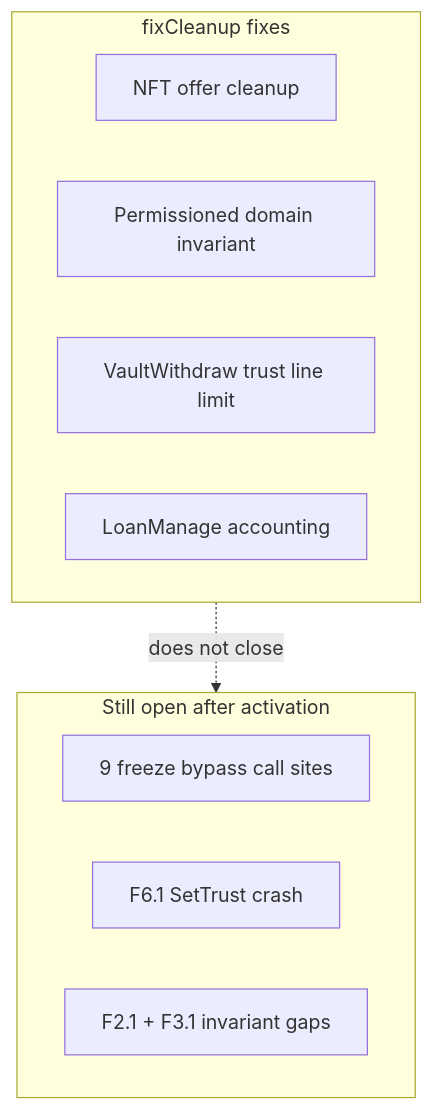
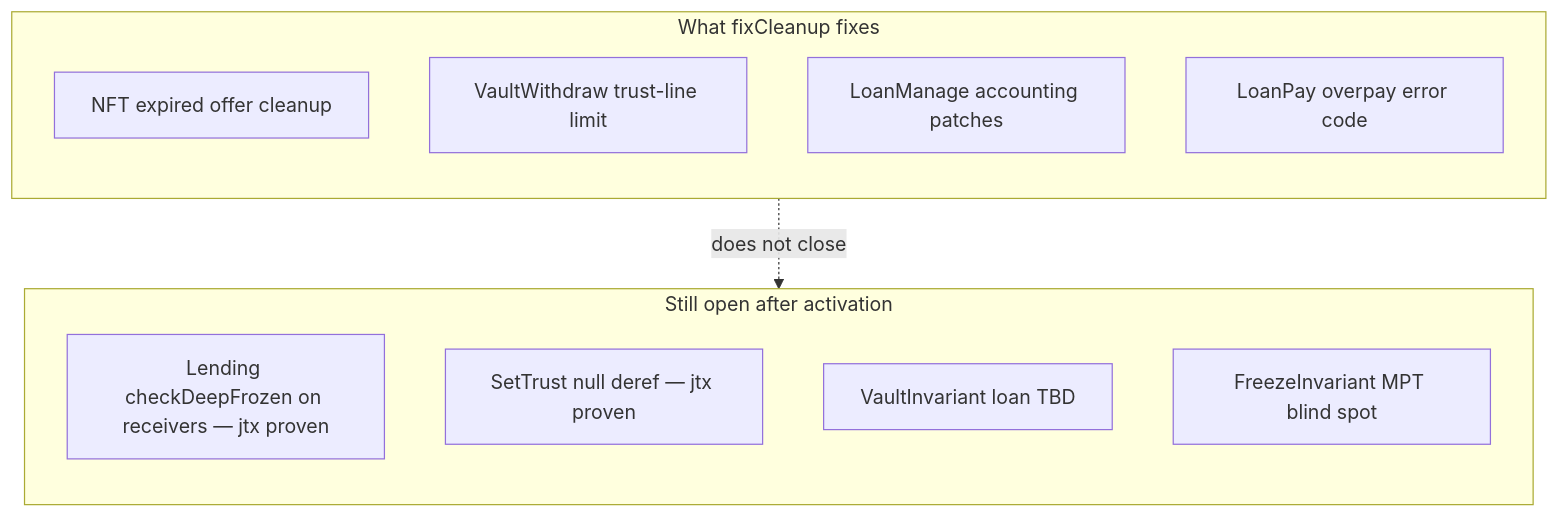
The eighth of 8 diagrams in _posts/2026-05-26-xrpl-rippled-open-p0-freeze-audit.md (agtico/agtico.github.io), drawn with Mermaid before and after one commit. The commit also changed other lines of this file, not shown here.

First line of the commit message:
Expand XRPL audit report with plain-English exploit guide and diagrams.

````diff
--- a/_posts/2026-05-26-xrpl-rippled-open-p0-freeze-audit.md
+++ b/_posts/2026-05-26-xrpl-rippled-open-p0-freeze-audit.md
@@ -220,15 +331,18 @@
 ```mermaid
 flowchart TB
-  subgraph fixes [fixCleanup fixes]
-    NFT[NFT offer cleanup]
-    PD[Permissioned domain invariant]
-    VW[VaultWithdraw trust line limit]
-    LM[LoanManage accounting]
+  subgraph marketed [What fixCleanup fixes]
+    direction TB
+    MC1[NFT expired offer cleanup]
+    MC2[VaultWithdraw trust-line limit]
+    MC3[LoanManage accounting patches]
+    MC4[LoanPay overpay error code]
   end
-  subgraph open [Still open after activation]
-    FZ[9 freeze bypass call sites]
-    CR[F6.1 SetTrust crash]
-    INV[F2.1 + F3.1 invariant gaps]
+  subgraph stillopen [Still open after activation]
+    direction TB
+    SO1[Lending checkDeepFrozen on receivers — jtx proven]
+    SO2[SetTrust null deref — jtx proven]
+    SO3[VaultInvariant loan TBD]
+    SO4[FreezeInvariant MPT blind spot]
   end
-  fixes -.->|does not close| open
+  marketed -.->|does not close| stillopen
 ```
````
